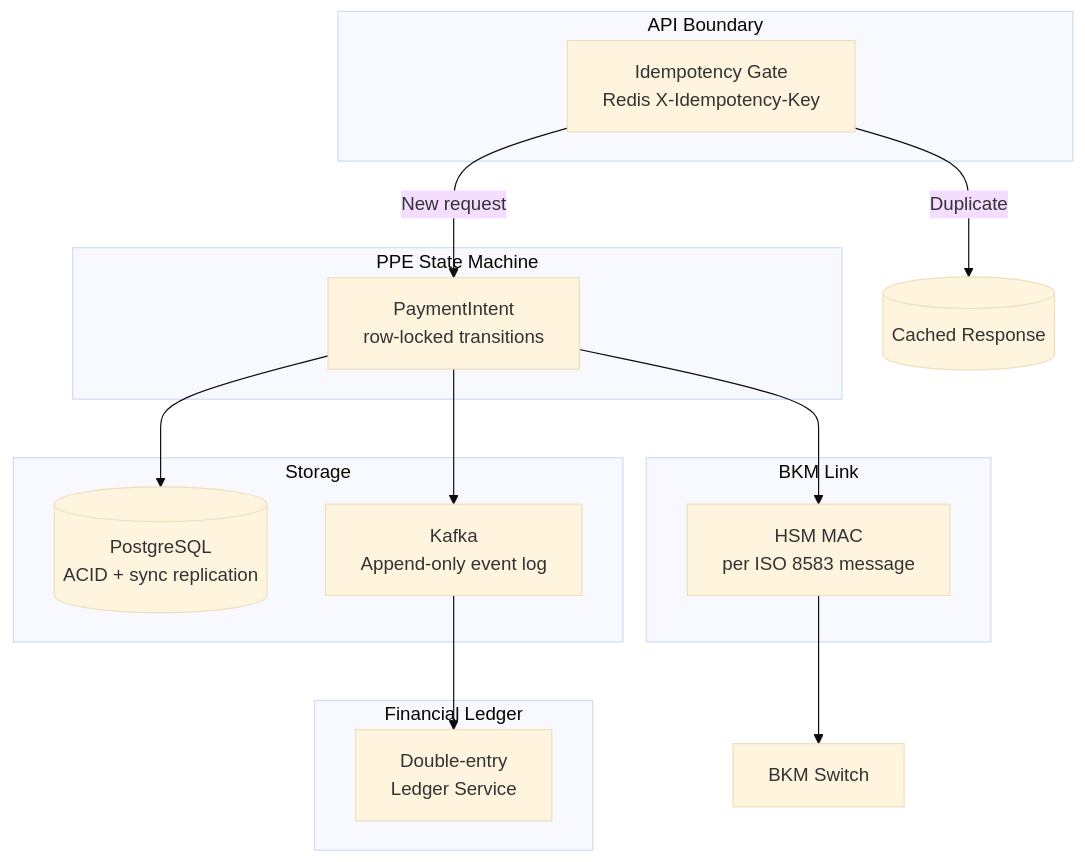
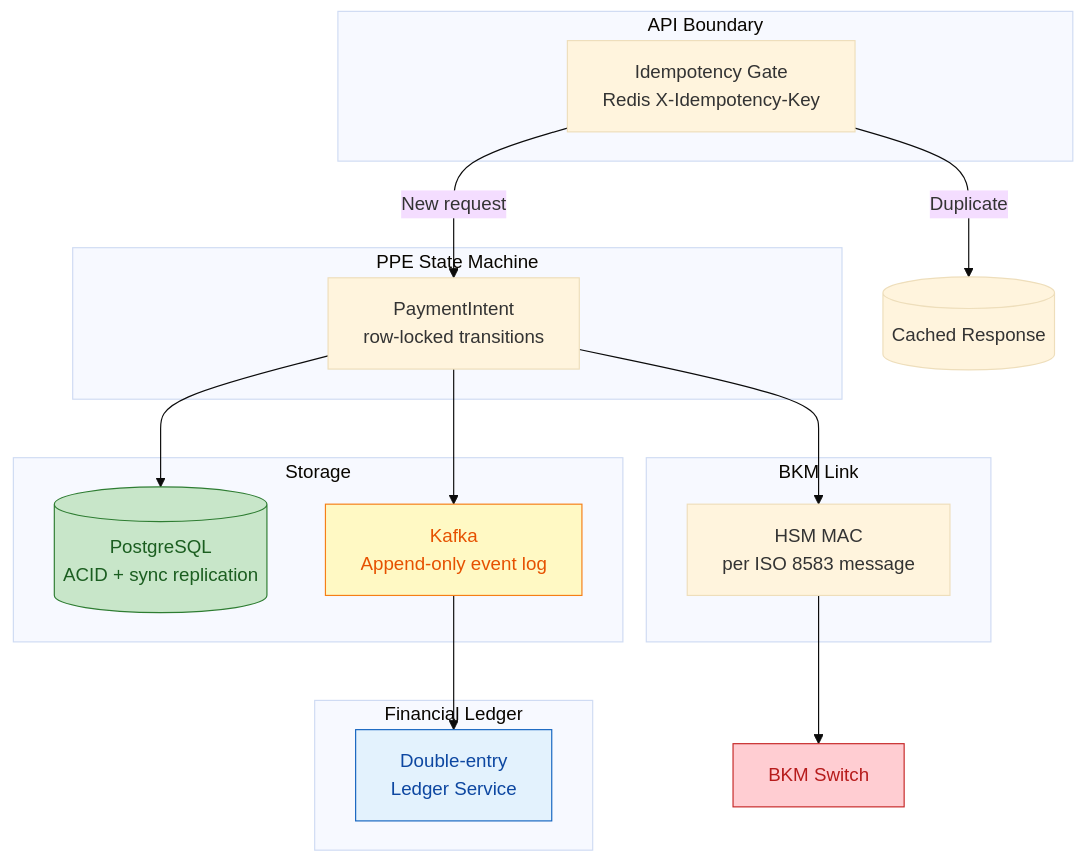
Diagram 27 of 35 in architecture-general/09-industry-specialized-architectures/9.1.1-financial-services-architecture/9.1.1.4-turkish-payment-system-architecture.md (gurkanindibay/azure_learning), drawn with Mermaid (base theme) before and after one commit. The commit also changed other lines of this file, not shown here.

Commit message:
Reevaluated stripe payment system  document

````diff
--- a/architecture-general/09-industry-specialized-architectures/9.1.1-financial-services-architecture/9.1.1.4-turkish-payment-system-architecture.md
+++ b/architecture-general/09-industry-specialized-architectures/9.1.1-financial-services-architecture/9.1.1.4-turkish-payment-system-architecture.md
@@ -880,27 +1121,32 @@
 ```mermaid
 flowchart TB
     subgraph "API Boundary"
-        IDEM[Idempotency Gate\nRedis X-Idempotency-Key]
+        IDEM[Idempotency Gate<br/>Redis X-Idempotency-Key]
     end
     subgraph "PPE State Machine"
-        SM[PaymentIntent\nrow-locked transitions]
+        SM[PaymentIntent<br/>row-locked transitions]
     end
     subgraph "Storage"
-        PG[(PostgreSQL\nACID + sync replication)]
-        KAFKA[Kafka\nAppend-only event log]
+        PG[(PostgreSQL<br/>ACID + sync replication)]
+        KAFKA[Kafka<br/>Append-only event log]
     end
     subgraph "Financial Ledger"
-        LEDGER[Double-entry\nLedger Service]
+        LEDGER[Double-entry<br/>Ledger Service]
     end
     subgraph "BKM Link"
-        HSM_MAC[HSM MAC\nper ISO 8583 message]
+        HSM_MAC[HSM MAC<br/>per ISO 8583 message]
     end
 
     IDEM -->|New request| SM
     IDEM -->|Duplicate| CACHED[(Cached Response)]
     SM --> PG
     SM --> KAFKA
     KAFKA --> LEDGER
     SM --> HSM_MAC
     HSM_MAC --> BKM[BKM Switch]
+
+    style PG fill:#c8e6c9,stroke:#2e7d32,color:#1b5e20
+    style KAFKA fill:#fff9c4,stroke:#f57f17,color:#e65100
+    style LEDGER fill:#e3f2fd,stroke:#1565c0,color:#0d47a1
+    style BKM fill:#ffcdd2,stroke:#c62828,color:#b71c1c
 ```
````
